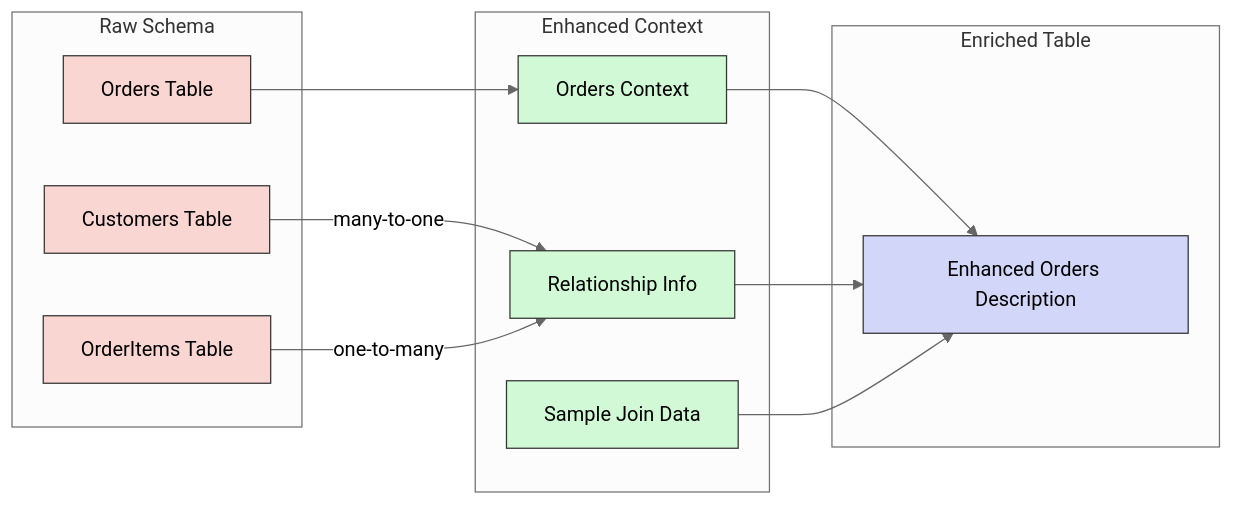
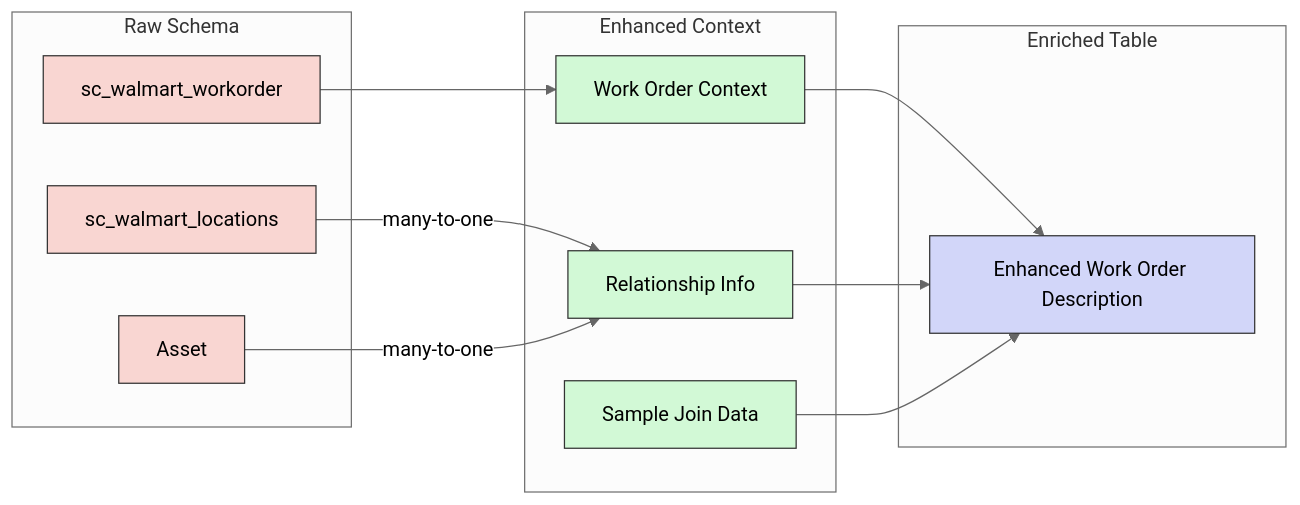
Before and after one commit to arunmenon/text2sql: the first of 7 diagrams in documentation/reports/knowledge_graph_flywheel.md, drawn with Mermaid (neutral theme). The commit also changed other lines of this file, not shown here.

Commit message:
Update Knowledge Graph Flywheel document with Walmart schema context and examples

````diff
--- a/documentation/reports/knowledge_graph_flywheel.md
+++ b/documentation/reports/knowledge_graph_flywheel.md
@@ -7,33 +26,33 @@
 ```mermaid
 flowchart LR
     subgraph Raw Schema
-        T1[Orders Table]
-        T2[Customers Table]
-        T3[OrderItems Table]
+        T1[sc_walmart_workorder]
+        T2[sc_walmart_locations]
+        T3[Asset]
     end
     
     subgraph Enhanced Context
-        E1[Orders Context]
+        E1[Work Order Context]
         E2[Relationship Info]
         E3[Sample Join Data]
     end
     
     subgraph Enriched Table
-        R1[Enhanced Orders Description]
+        R1[Enhanced Work Order Description]
     end
     
     T1 --> E1
     T2 --"many-to-one"--> E2
-    T3 --"one-to-many"--> E2
+    T3 --"many-to-one"--> E2
     E1 --> R1
     E2 --> R1
     E3 --> R1
     
     style T1 fill:#f9d6d2,stroke:#333
     style T2 fill:#f9d6d2,stroke:#333
     style T3 fill:#f9d6d2,stroke:#333
     style E1 fill:#d2f9d6,stroke:#333
     style E2 fill:#d2f9d6,stroke:#333
     style E3 fill:#d2f9d6,stroke:#333
     style R1 fill:#d2d6f9,stroke:#333
 ```
````
